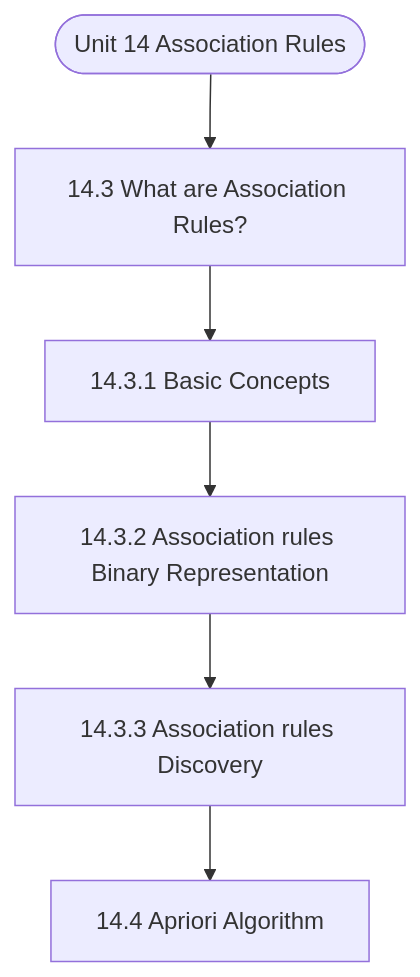
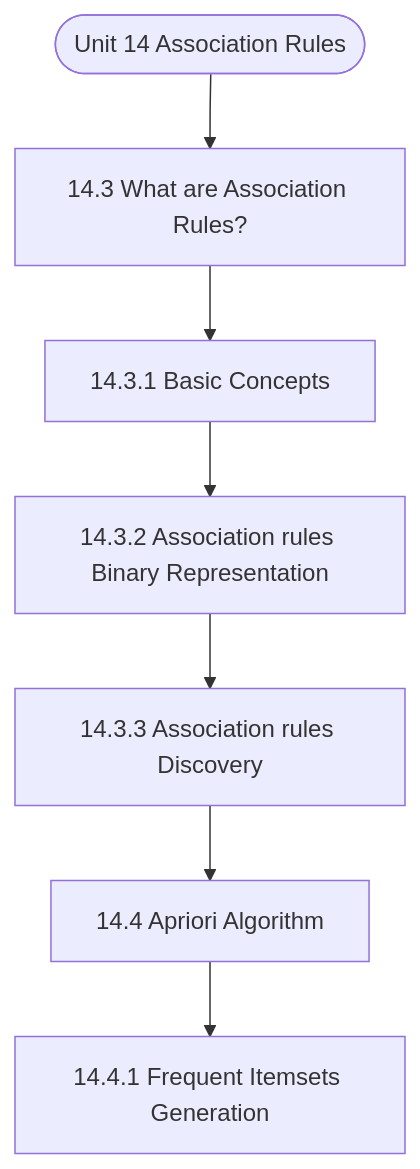
One commit to Asutosh-Coaching/mscdsa changed the diagram in notes/Semester_2/MCS-224_Artificial_Intelligence_&_Machine_Learning/unit_14_Association_Rules.md. Above: the diagram before and after it, drawn with Mermaid. The commit also changed other lines of this file and 116 other files, not shown here.

````diff
--- a/notes/Semester_2/MCS-224_Artificial_Intelligence_&_Machine_Learning/unit_14_Association_Rules.md
+++ b/notes/Semester_2/MCS-224_Artificial_Intelligence_&_Machine_Learning/unit_14_Association_Rules.md
@@ -19,14 +19,16 @@
 ```mermaid
 flowchart TD
   Start(["Unit 14 Association Rules"])
   N1["14.3 What are Association Rules?"]
   N2["14.3.1 Basic Concepts"]
   N3["14.3.2 Association rules Binary Representation"]
   N4["14.3.3 Association rules Discovery"]
   N5["14.4 Apriori Algorithm"]
+  N6["14.4.1 Frequent Itemsets Generation"]
   Start --> N1
   N1 --> N2
   N2 --> N3
   N3 --> N4
   N4 --> N5
+  N5 --> N6
 ```
````
